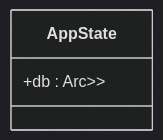
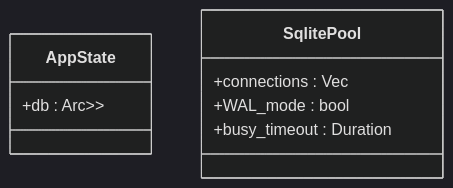
The fourth of 10 diagrams in .qoder/repowiki/en/content/Architecture & Design.md (sutanto1010/crablite), drawn with Mermaid (dark theme) before and after one commit. The commit also changed other lines of this file and 7 other files, not shown here.

First line of the commit message:
docs(architecture): update detailed system architecture and documentation

````diff
--- a/.qoder/repowiki/en/content/Architecture & Design.md
+++ b/.qoder/repowiki/en/content/Architecture & Design.md
@@ -196,6 +204,11 @@
 ```mermaid
 classDiagram
 class AppState {
 +db : Arc<RwLock<Option<SqlitePool>>>
 }
+class SqlitePool {
++connections : Vec<Connection>
++WAL_mode : bool
++busy_timeout : Duration
+}
 ```
````
